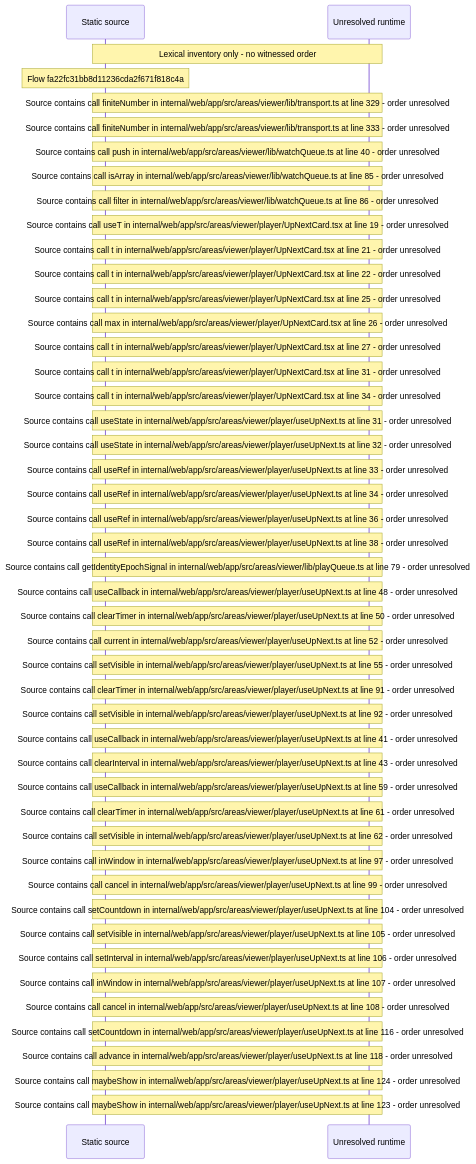
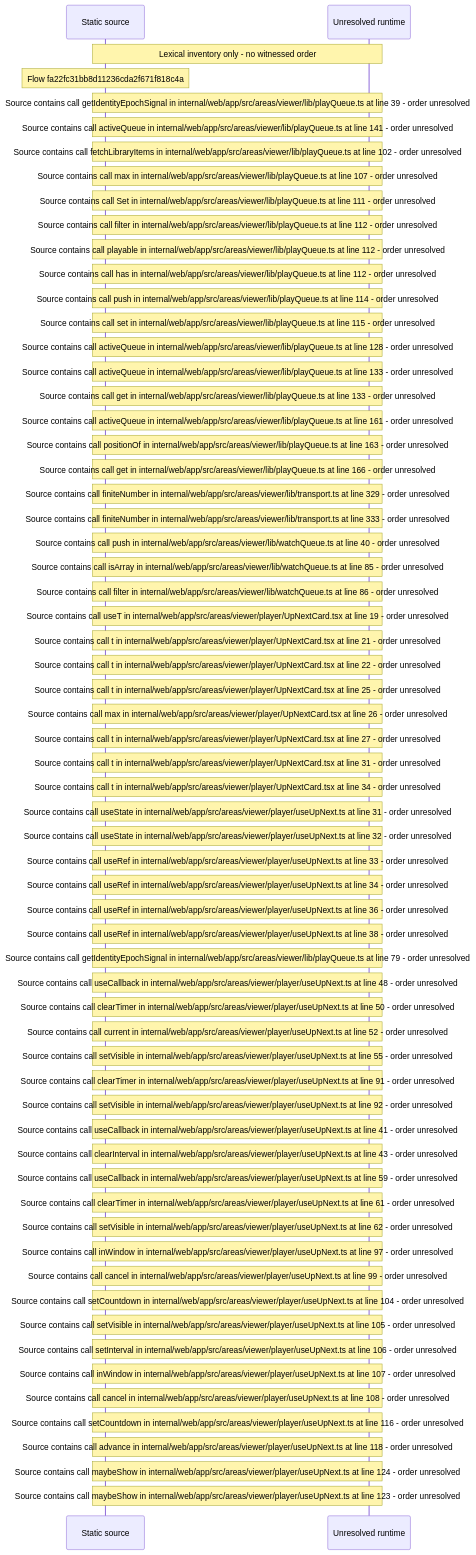
Before and after one commit to beamfall/core: the diagram in docs/web/flows/generated/fa22fc31bb8d11236cda2f671f818c4a/flow-diagram.md, drawn with Mermaid. The commit also changed other lines of this file and 699 other files, not shown here.

Commit message:
Regenerate the web flow record with flow generator version 5

````diff
--- a/docs/web/flows/generated/fa22fc31bb8d11236cda2f671f818c4a/flow-diagram.md
+++ b/docs/web/flows/generated/fa22fc31bb8d11236cda2f671f818c4a/flow-diagram.md
@@ -10,49 +10,65 @@
 ```mermaid
 sequenceDiagram
     participant S as Static source
     participant U as Unresolved runtime
     Note over S,U: Lexical inventory only - no witnessed order
     Note over S: Flow fa22fc31bb8d11236cda2f671f818c4a
+    Note over S,U: Source contains call getIdentityEpochSignal in internal/web/app/src/areas/viewer/lib/playQueue.ts at line 39 - order unresolved
+    Note over S,U: Source contains call activeQueue in internal/web/app/src/areas/viewer/lib/playQueue.ts at line 141 - order unresolved
+    Note over S,U: Source contains call fetchLibraryItems in internal/web/app/src/areas/viewer/lib/playQueue.ts at line 102 - order unresolved
+    Note over S,U: Source contains call max in internal/web/app/src/areas/viewer/lib/playQueue.ts at line 107 - order unresolved
+    Note over S,U: Source contains call Set in internal/web/app/src/areas/viewer/lib/playQueue.ts at line 111 - order unresolved
+    Note over S,U: Source contains call filter in internal/web/app/src/areas/viewer/lib/playQueue.ts at line 112 - order unresolved
+    Note over S,U: Source contains call playable in internal/web/app/src/areas/viewer/lib/playQueue.ts at line 112 - order unresolved
+    Note over S,U: Source contains call has in internal/web/app/src/areas/viewer/lib/playQueue.ts at line 112 - order unresolved
+    Note over S,U: Source contains call push in internal/web/app/src/areas/viewer/lib/playQueue.ts at line 114 - order unresolved
+    Note over S,U: Source contains call set in internal/web/app/src/areas/viewer/lib/playQueue.ts at line 115 - order unresolved
+    Note over S,U: Source contains call activeQueue in internal/web/app/src/areas/viewer/lib/playQueue.ts at line 128 - order unresolved
+    Note over S,U: Source contains call activeQueue in internal/web/app/src/areas/viewer/lib/playQueue.ts at line 133 - order unresolved
+    Note over S,U: Source contains call get in internal/web/app/src/areas/viewer/lib/playQueue.ts at line 133 - order unresolved
+    Note over S,U: Source contains call activeQueue in internal/web/app/src/areas/viewer/lib/playQueue.ts at line 161 - order unresolved
+    Note over S,U: Source contains call positionOf in internal/web/app/src/areas/viewer/lib/playQueue.ts at line 163 - order unresolved
+    Note over S,U: Source contains call get in internal/web/app/src/areas/viewer/lib/playQueue.ts at line 166 - order unresolved
     Note over S,U: Source contains call finiteNumber in internal/web/app/src/areas/viewer/lib/transport.ts at line 329 - order unresolved
     Note over S,U: Source contains call finiteNumber in internal/web/app/src/areas/viewer/lib/transport.ts at line 333 - order unresolved
     Note over S,U: Source contains call push in internal/web/app/src/areas/viewer/lib/watchQueue.ts at line 40 - order unresolved
     Note over S,U: Source contains call isArray in internal/web/app/src/areas/viewer/lib/watchQueue.ts at line 85 - order unresolved
     Note over S,U: Source contains call filter in internal/web/app/src/areas/viewer/lib/watchQueue.ts at line 86 - order unresolved
     Note over S,U: Source contains call useT in internal/web/app/src/areas/viewer/player/UpNextCard.tsx at line 19 - order unresolved
     Note over S,U: Source contains call t in internal/web/app/src/areas/viewer/player/UpNextCard.tsx at line 21 - order unresolved
     Note over S,U: Source contains call t in internal/web/app/src/areas/viewer/player/UpNextCard.tsx at line 22 - order unresolved
     Note over S,U: Source contains call t in internal/web/app/src/areas/viewer/player/UpNextCard.tsx at line 25 - order unresolved
     Note over S,U: Source contains call max in internal/web/app/src/areas/viewer/player/UpNextCard.tsx at line 26 - order unresolved
     Note over S,U: Source contains call t in internal/web/app/src/areas/viewer/player/UpNextCard.tsx at line 27 - order unresolved
     Note over S,U: Source contains call t in internal/web/app/src/areas/viewer/player/UpNextCard.tsx at line 31 - order unresolved
     Note over S,U: Source contains call t in internal/web/app/src/areas/viewer/player/UpNextCard.tsx at line 34 - order unresolved
     Note over S,U: Source contains call useState in internal/web/app/src/areas/viewer/player/useUpNext.ts at line 31 - order unresolved
     Note over S,U: Source contains call useState in internal/web/app/src/areas/viewer/player/useUpNext.ts at line 32 - order unresolved
     Note over S,U: Source contains call useRef in internal/web/app/src/areas/viewer/player/useUpNext.ts at line 33 - order unresolved
     Note over S,U: Source contains call useRef in internal/web/app/src/areas/viewer/player/useUpNext.ts at line 34 - order unresolved
     Note over S,U: Source contains call useRef in internal/web/app/src/areas/viewer/player/useUpNext.ts at line 36 - order unresolved
     Note over S,U: Source contains call useRef in internal/web/app/src/areas/viewer/player/useUpNext.ts at line 38 - order unresolved
     Note over S,U: Source contains call getIdentityEpochSignal in internal/web/app/src/areas/viewer/lib/playQueue.ts at line 79 - order unresolved
     Note over S,U: Source contains call useCallback in internal/web/app/src/areas/viewer/player/useUpNext.ts at line 48 - order unresolved
     Note over S,U: Source contains call clearTimer in internal/web/app/src/areas/viewer/player/useUpNext.ts at line 50 - order unresolved
     Note over S,U: Source contains call current in internal/web/app/src/areas/viewer/player/useUpNext.ts at line 52 - order unresolved
     Note over S,U: Source contains call setVisible in internal/web/app/src/areas/viewer/player/useUpNext.ts at line 55 - order unresolved
     Note over S,U: Source contains call clearTimer in internal/web/app/src/areas/viewer/player/useUpNext.ts at line 91 - order unresolved
     Note over S,U: Source contains call setVisible in internal/web/app/src/areas/viewer/player/useUpNext.ts at line 92 - order unresolved
     Note over S,U: Source contains call useCallback in internal/web/app/src/areas/viewer/player/useUpNext.ts at line 41 - order unresolved
     Note over S,U: Source contains call clearInterval in internal/web/app/src/areas/viewer/player/useUpNext.ts at line 43 - order unresolved
     Note over S,U: Source contains call useCallback in internal/web/app/src/areas/viewer/player/useUpNext.ts at line 59 - order unresolved
     Note over S,U: Source contains call clearTimer in internal/web/app/src/areas/viewer/player/useUpNext.ts at line 61 - order unresolved
     Note over S,U: Source contains call setVisible in internal/web/app/src/areas/viewer/player/useUpNext.ts at line 62 - order unresolved
     Note over S,U: Source contains call inWindow in internal/web/app/src/areas/viewer/player/useUpNext.ts at line 97 - order unresolved
     Note over S,U: Source contains call cancel in internal/web/app/src/areas/viewer/player/useUpNext.ts at line 99 - order unresolved
     Note over S,U: Source contains call setCountdown in internal/web/app/src/areas/viewer/player/useUpNext.ts at line 104 - order unresolved
     Note over S,U: Source contains call setVisible in internal/web/app/src/areas/viewer/player/useUpNext.ts at line 105 - order unresolved
     Note over S,U: Source contains call setInterval in internal/web/app/src/areas/viewer/player/useUpNext.ts at line 106 - order unresolved
     Note over S,U: Source contains call inWindow in internal/web/app/src/areas/viewer/player/useUpNext.ts at line 107 - order unresolved
     Note over S,U: Source contains call cancel in internal/web/app/src/areas/viewer/player/useUpNext.ts at line 108 - order unresolved
     Note over S,U: Source contains call setCountdown in internal/web/app/src/areas/viewer/player/useUpNext.ts at line 116 - order unresolved
     Note over S,U: Source contains call advance in internal/web/app/src/areas/viewer/player/useUpNext.ts at line 118 - order unresolved
     Note over S,U: Source contains call maybeShow in internal/web/app/src/areas/viewer/player/useUpNext.ts at line 124 - order unresolved
     Note over S,U: Source contains call maybeShow in internal/web/app/src/areas/viewer/player/useUpNext.ts at line 123 - order unresolved
 ```
````
